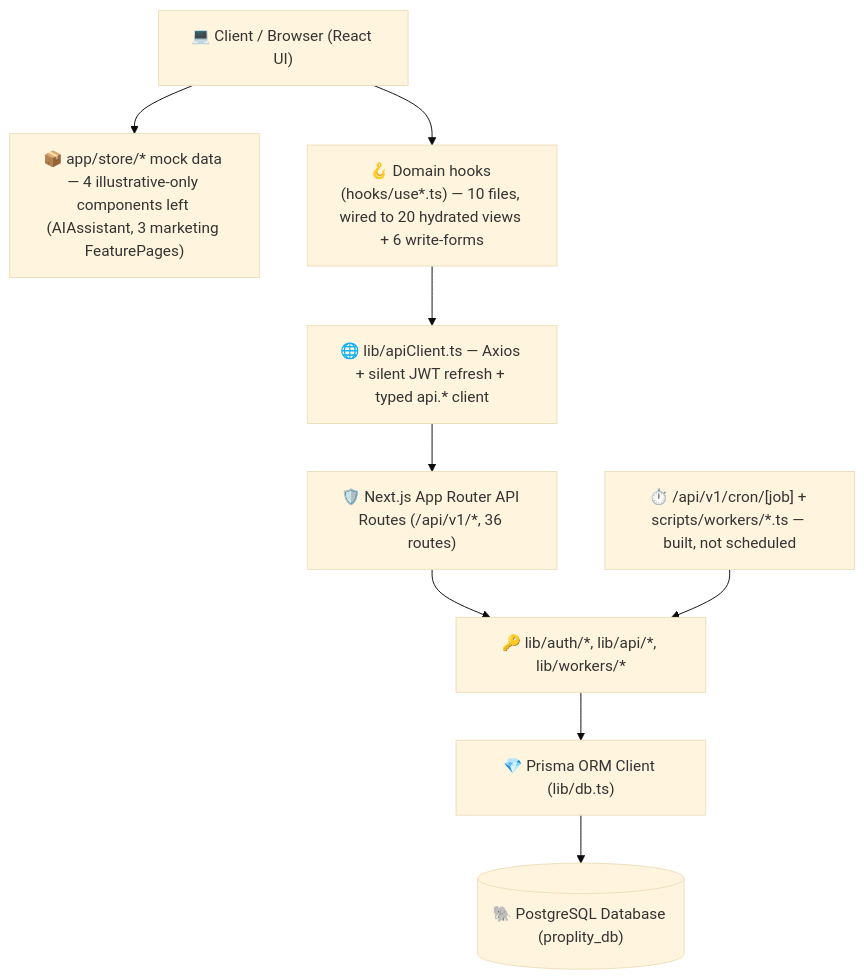
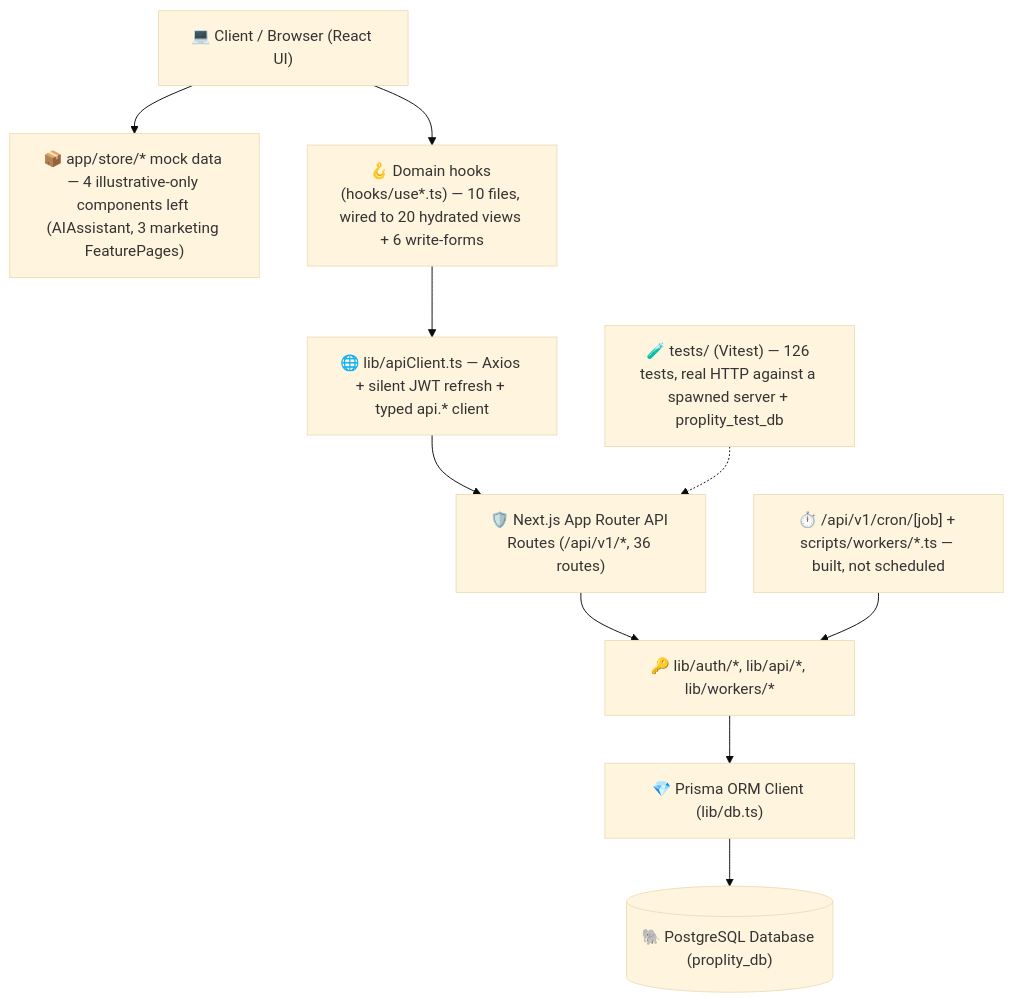
The diagram in PROJECT_STRUCTURE.md (Proplity/proplity), drawn with Mermaid (base theme) before and after one commit. The commit also changed other lines of this file and 2 other files, not shown here.

````diff
--- a/PROJECT_STRUCTURE.md
+++ b/PROJECT_STRUCTURE.md
@@ -11,21 +11,23 @@
 ```mermaid
 graph TD
     Client["💻 Client / Browser (React UI)"]
     Store["📦 app/store/* mock data — 4 illustrative-only components left (AIAssistant, 3 marketing FeaturePages)"]
     Hooks["🪝 Domain hooks (hooks/use*.ts) — 10 files, wired to 20 hydrated views + 6 write-forms"]
     ApiClient["🌐 lib/apiClient.ts — Axios + silent JWT refresh + typed api.* client"]
     NextApi["🛡️ Next.js App Router API Routes (/api/v1/*, 36 routes)"]
     LibCore["🔑 lib/auth/*, lib/api/*, lib/workers/*"]
     PrismaClient["💎 Prisma ORM Client (lib/db.ts)"]
     Postgres[("🐘 PostgreSQL Database (proplity_db)")]
     Cron["⏱️ /api/v1/cron/[job] + scripts/workers/*.ts — built, not scheduled"]
+    Tests["🧪 tests/ (Vitest) — 126 tests, real HTTP against a spawned server + proplity_test_db"]
 
     Client --> Store
     Client --> Hooks
     Hooks --> ApiClient
     ApiClient --> NextApi
     NextApi --> LibCore
     LibCore --> PrismaClient
     Cron --> LibCore
     PrismaClient --> Postgres
+    Tests -.-> NextApi
 ```
````
